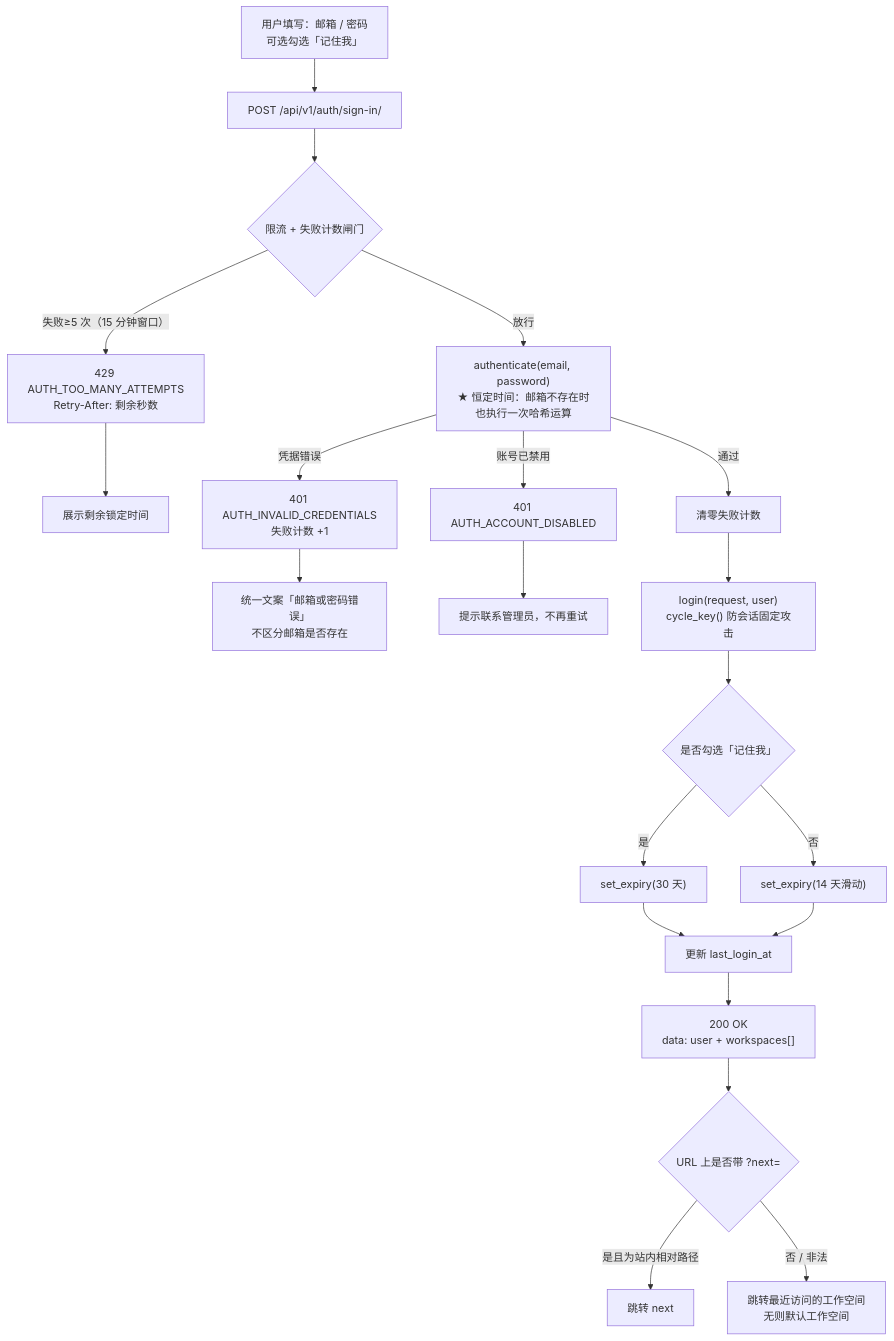
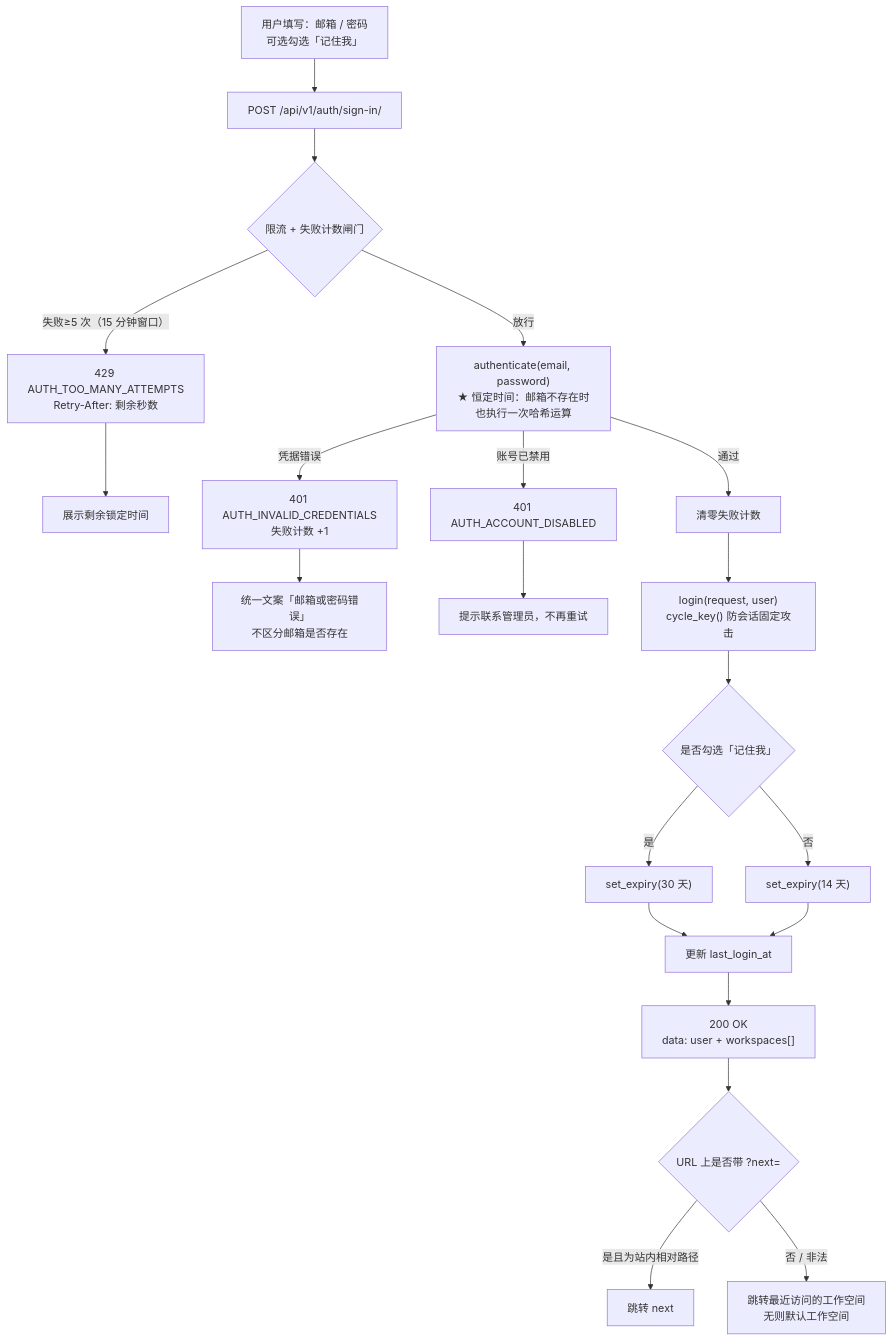
One commit to RabbitAI-Lab/RabbitProjects changed the second of 4 diagrams in docs/sprint-0-poc/AUTH-001-registration-login.md. Above: the diagram before and after it, drawn with Mermaid. The commit also changed other lines of this file and 86 other files, not shown here.

````diff
--- a/docs/sprint-0-poc/AUTH-001-registration-login.md
+++ b/docs/sprint-0-poc/AUTH-001-registration-login.md
@@ -96,20 +100,20 @@
 ```mermaid
 flowchart TD
     A["用户填写：邮箱 / 密码<br/>可选勾选「记住我」"] --> B["POST /api/v1/auth/sign-in/"]
     B --> C{"限流 + 失败计数闸门"}
     C -- "失败≥5 次（15 分钟窗口）" --> C1["429 AUTH_TOO_MANY_ATTEMPTS<br/>Retry-After: 剩余秒数"] --> Z1["展示剩余锁定时间"]
     C -- 放行 --> D["authenticate(email, password)<br/>★ 恒定时间：邮箱不存在时也执行一次哈希运算"]
     D -- 凭据错误 --> D1["401 AUTH_INVALID_CREDENTIALS<br/>失败计数 +1"] --> Z2["统一文案「邮箱或密码错误」<br/>不区分邮箱是否存在"]
     D -- 账号已禁用 --> D2["401 AUTH_ACCOUNT_DISABLED"] --> Z3["提示联系管理员，不再重试"]
     D -- 通过 --> E["清零失败计数"]
     E --> F["login(request, user)<br/>cycle_key() 防会话固定攻击"]
     F --> G{"是否勾选「记住我」"}
     G -- 是 --> G1["set_expiry(30 天)"]
-    G -- 否 --> G2["set_expiry(14 天滑动)"]
+    G -- 否 --> G2["set_expiry(14 天)"]
     G1 --> H["更新 last_login_at"]
     G2 --> H
     H --> I["200 OK<br/>data: user + workspaces[]"]
     I --> J{"URL 上是否带 ?next="}
     J -- 是且为站内相对路径 --> J1["跳转 next"]
     J -- 否 / 非法 --> J2["跳转最近访问的工作空间<br/>无则默认工作空间"]
 ```
````
